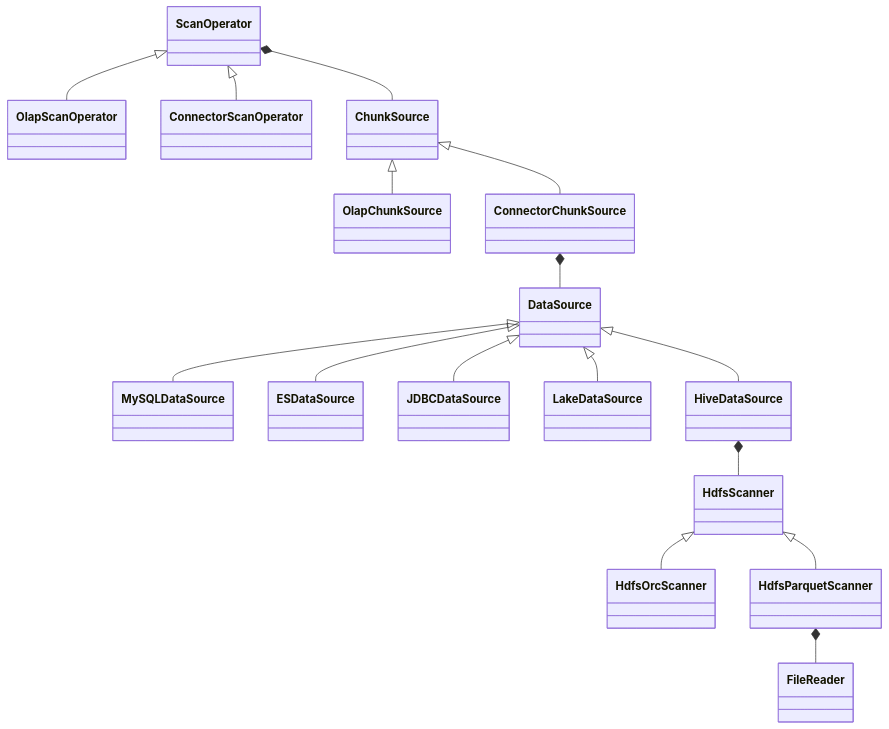
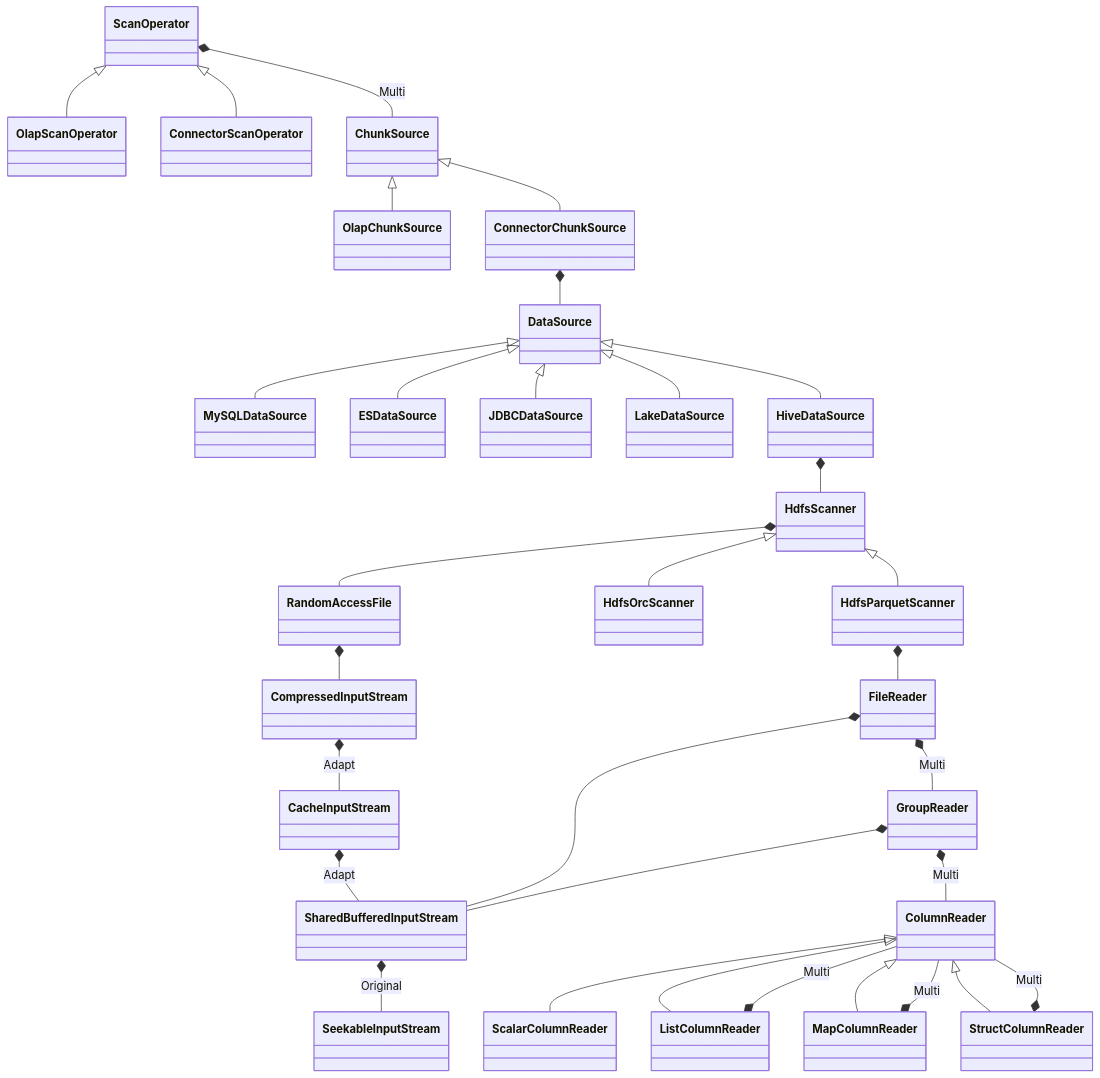
The diagram in _unposts/codebase/StarRocks.md (liuyehcf/BlogSource), drawn with Mermaid before and after one commit. The commit also changed other lines of this file and 12 other files, not shown here.

````diff
--- a/_unposts/codebase/StarRocks.md
+++ b/_unposts/codebase/StarRocks.md
@@ -559,18 +559,34 @@
 ```mermaid
 classDiagram
     ScanOperator <|-- OlapScanOperator
     ScanOperator <|-- ConnectorScanOperator
-    ScanOperator *-- ChunkSource
+    ScanOperator *-- ChunkSource: Multi
     ChunkSource <|-- OlapChunkSource
     ChunkSource <|-- ConnectorChunkSource
     ConnectorChunkSource *-- DataSource
     DataSource <|-- MySQLDataSource
     DataSource <|-- ESDataSource
     DataSource <|-- JDBCDataSource
     DataSource <|-- LakeDataSource
     DataSource <|-- HiveDataSource
     HiveDataSource *-- HdfsScanner
+    HdfsScanner *-- RandomAccessFile
+    RandomAccessFile *-- CompressedInputStream
+    CompressedInputStream *-- CacheInputStream: Adapt
+    CacheInputStream *-- SharedBufferedInputStream: Adapt
+    SharedBufferedInputStream *-- SeekableInputStream: Original
     HdfsScanner <|-- HdfsOrcScanner
     HdfsScanner <|-- HdfsParquetScanner
     HdfsParquetScanner *-- FileReader
+    FileReader *-- GroupReader: Multi
+    FileReader *-- SharedBufferedInputStream
+    GroupReader *-- ColumnReader: Multi
+    GroupReader *-- SharedBufferedInputStream
+    ColumnReader <|-- ScalarColumnReader
+    ColumnReader <|-- ListColumnReader
+    ColumnReader <|-- MapColumnReader
+    ColumnReader <|-- StructColumnReader
+    ListColumnReader *-- ColumnReader: Multi
+    MapColumnReader *-- ColumnReader: Multi
+    StructColumnReader *-- ColumnReader: Multi
 ```
````
